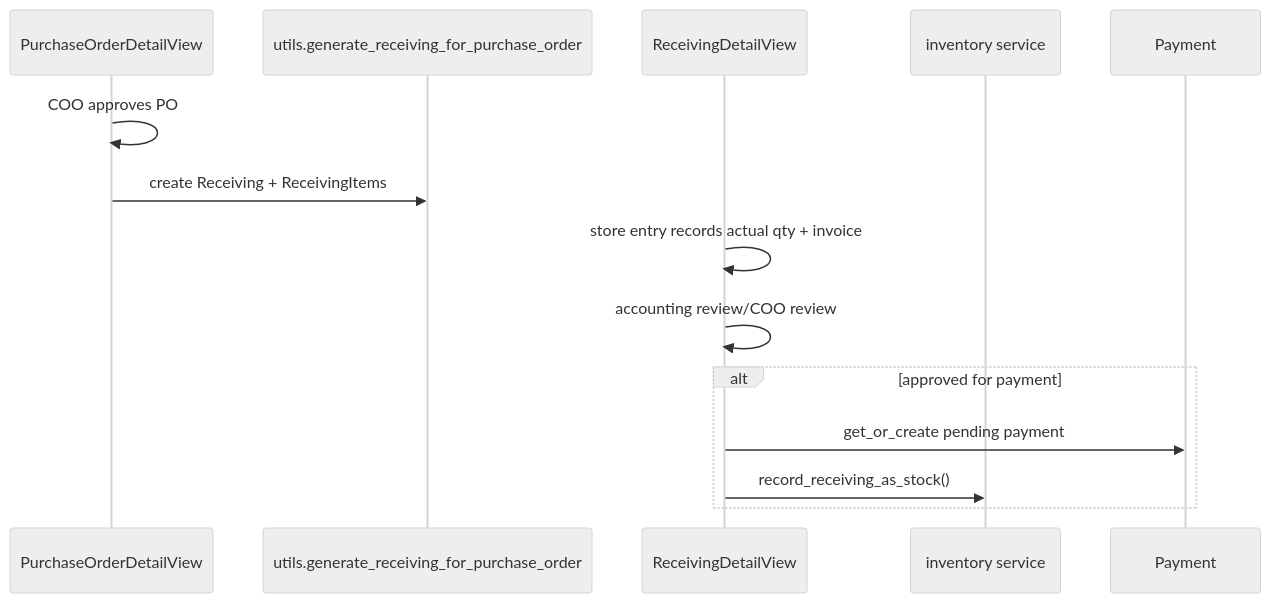
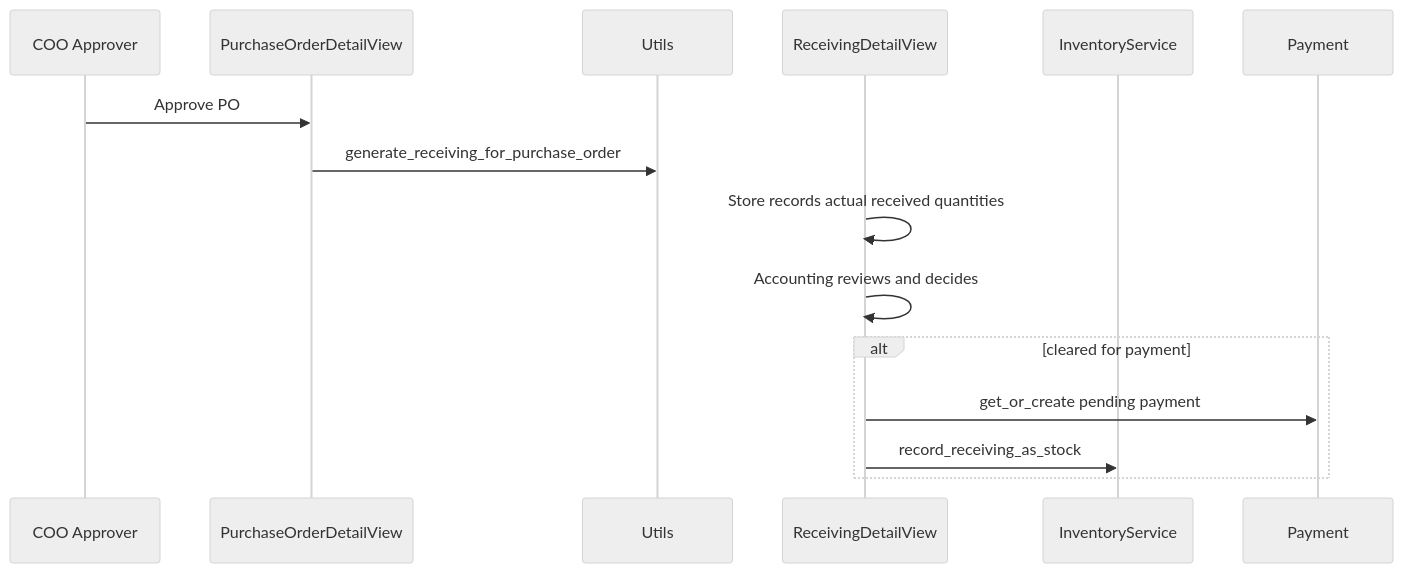
One commit to KiishiAD/kingfisher_inventory_management changed the second of 3 diagrams in docs/repo_guide/06-core-workflows.md. Above: the diagram before and after it, drawn with Mermaid (neutral theme). The commit also changed other lines of this file and 4 other files, not shown here.

Commit message:
Improve repo guide visuals with clearer diagrams and fallbacks

````diff
--- a/docs/repo_guide/06-core-workflows.md
+++ b/docs/repo_guide/06-core-workflows.md
@@ -18,17 +52,18 @@
 ```mermaid
 sequenceDiagram
-  participant PO as PurchaseOrderDetailView
-  participant U as utils.generate_receiving_for_purchase_order
-  participant R as ReceivingDetailView
-  participant I as inventory service
-  participant P as Payment
+    participant COO as COO Approver
+    participant POV as PurchaseOrderDetailView
+    participant UTIL as Utils
+    participant RV as ReceivingDetailView
+    participant INV as InventoryService
+    participant PAY as Payment
 
-  PO->>PO: COO approves PO
-  PO->>U: create Receiving + ReceivingItems
-  R->>R: store entry records actual qty + invoice
-  R->>R: accounting review/COO review
-  alt approved for payment
-    R->>P: get_or_create pending payment
-    R->>I: record_receiving_as_stock()
-  end
+    COO->>POV: Approve PO
+    POV->>UTIL: generate_receiving_for_purchase_order
+    RV->>RV: Store records actual received quantities
+    RV->>RV: Accounting reviews and decides
+    alt cleared for payment
+      RV->>PAY: get_or_create pending payment
+      RV->>INV: record_receiving_as_stock
+    end
 ```
````
